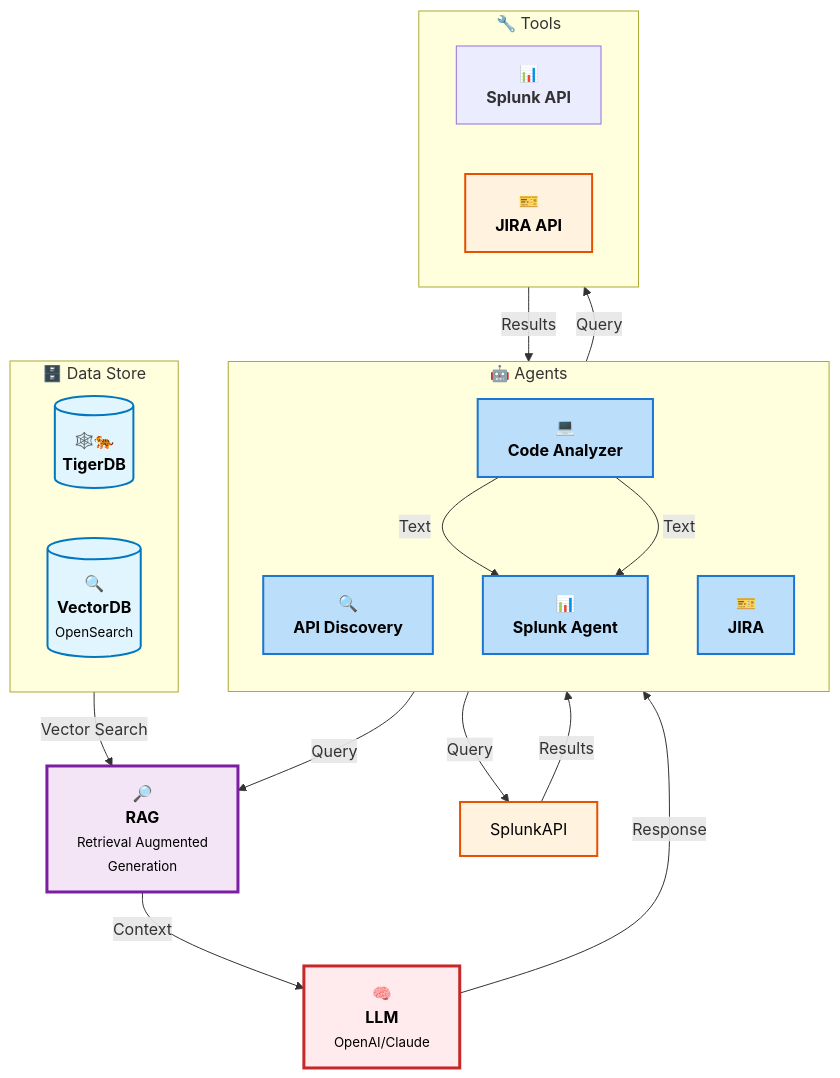
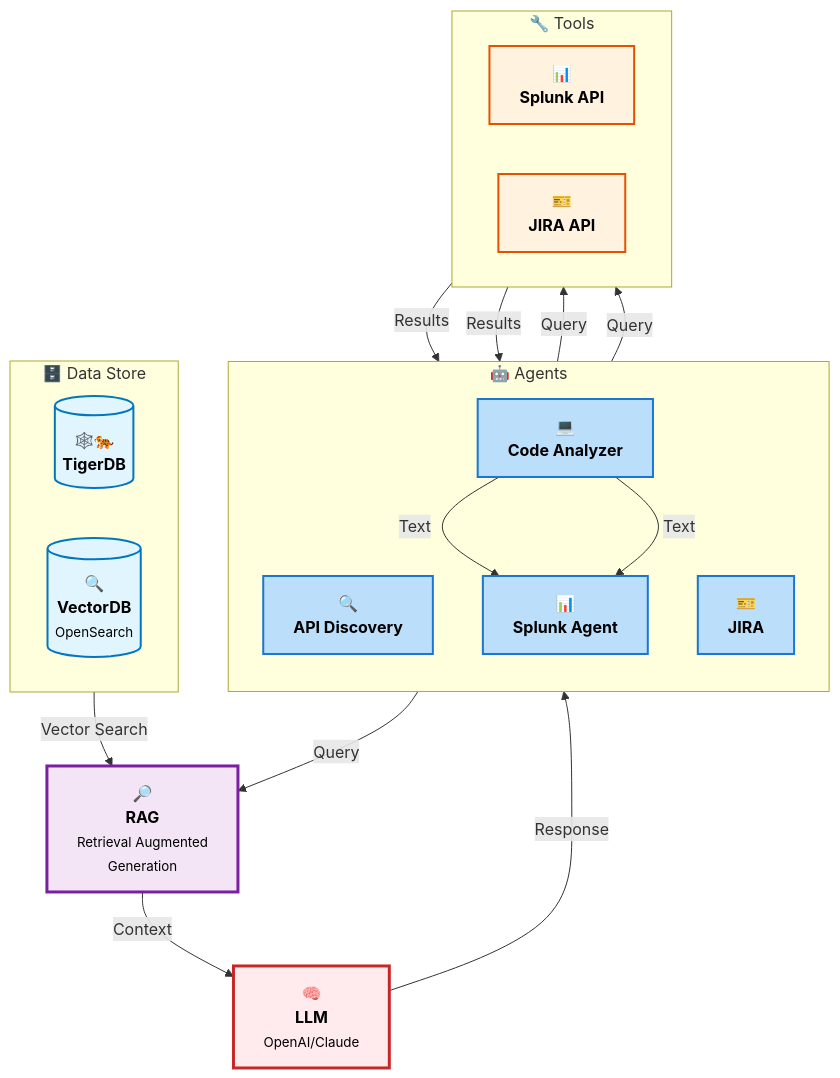
One commit to magzine-ai/enterprise-chat-ui changed the first of 2 diagrams in etl_pipelines/README.md. Above: the diagram before and after it, drawn with Mermaid.

Commit message:
Fix variable name in simple architecture diagram

````diff
--- a/etl_pipelines/README.md
+++ b/etl_pipelines/README.md
@@ -59,58 +59,58 @@
 ```mermaid
 flowchart TB
     %% Agents Container
     subgraph Agents["🤖 Agents"]
         direction TB
         APIDiscovery[🔍<br/><b>API Discovery</b>]
         SplunkAgent[📊<br/><b>Splunk Agent</b>]
         CodeAnalyzer[💻<br/><b>Code Analyzer</b>]
         JIRAAgent[🎫<br/><b>JIRA</b>]
     end
     
     %% Data Store Container
     subgraph DataStore["🗄️ Data Store"]
         direction LR
         TigerDB[(🕸️🐅<br/><b>TigerDB</b>)]
         VectorDB[(🔍<br/><b>VectorDB</b><br/><small>OpenSearch</small>)]
     end
     
     %% Tools Container
     subgraph Tools["🔧 Tools"]
         direction LR
         SplunkAPITool[📊<br/><b>Splunk API</b>]
         JIRATool[🎫<br/><b>JIRA API</b>]
     end
     
     %% Tool Connections
     SplunkAgent -->|Query| SplunkAPITool
     SplunkAPITool -->|Results| CodeAnalyzer
     CodeAnalyzer -->|Text| SplunkAgent
     
     %% RAG Component
     RAG[🔎<br/><b>RAG</b><br/><small>Retrieval Augmented<br/>Generation</small>]
     
     %% LLM Component
     LLM[🧠<br/><b>LLM</b><br/><small>OpenAI/Claude</small>]
     
     %% Connections
     VectorDB -->|Vector Search| RAG
     SplunkAgent -->|Query| RAG
     RAG -->|Context| LLM
     LLM -->|Response| SplunkAgent
-    SplunkAgent -->|Query| SplunkAPI
-    SplunkAPI -->|Results| CodeAnalyzer
+    SplunkAgent -->|Query| SplunkAPITool
+    SplunkAPITool -->|Results| CodeAnalyzer
     CodeAnalyzer -->|Text| SplunkAgent
     
     %% Styling
     classDef agentStyle fill:#BBDEFB,stroke:#1976D2,stroke-width:2px,color:#000
     classDef dataStoreStyle fill:#E1F5FE,stroke:#0277BD,stroke-width:2px,color:#000
     classDef toolStyle fill:#FFF3E0,stroke:#E65100,stroke-width:2px,color:#000
     classDef ragStyle fill:#F3E5F5,stroke:#7B1FA2,stroke-width:3px,color:#000
     classDef llmStyle fill:#FFEBEE,stroke:#C62828,stroke-width:3px,color:#000
     
     class APIDiscovery,SplunkAgent,CodeAnalyzer,JIRAAgent agentStyle
     class TigerDB,VectorDB dataStoreStyle
-    class SplunkAPI,JIRATool toolStyle
+    class SplunkAPITool,JIRATool toolStyle
     class RAG ragStyle
     class LLM llmStyle
 ```
````
